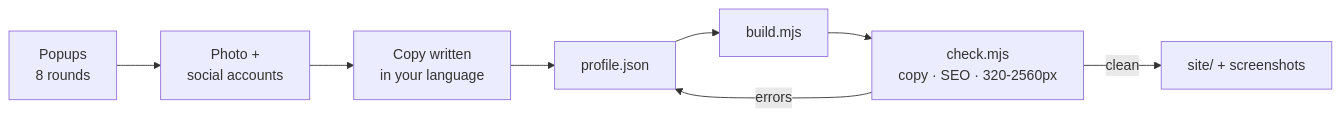
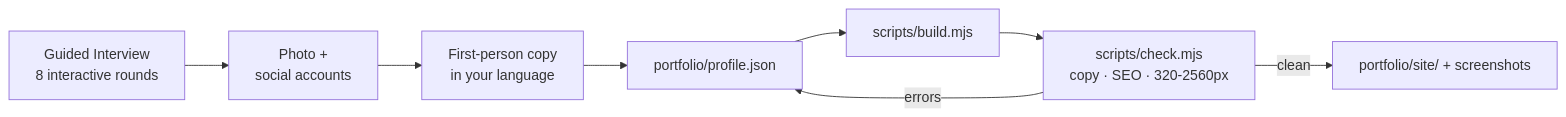
The diagram in README.md (imMamdouhaboammar/portfolio-interview), drawn with Mermaid before and after one commit. The commit also changed other lines of this file and 24 other files, not shown here.

````diff
--- a/README.md
+++ b/README.md
@@ -205,10 +195,10 @@
 ```mermaid
 flowchart LR
-  A[Popups<br/>8 rounds] --> B[Photo +<br/>social accounts]
-  B --> C[Copy written<br/>in your language]
-  C --> D[profile.json]
-  D --> E[build.mjs]
-  E --> F[check.mjs<br/>copy · SEO · 320-2560px]
+  A["Guided Interview<br/>8 interactive rounds"] --> B["Photo +<br/>social accounts"]
+  B --> C["First-person copy<br/>in your language"]
+  C --> D["portfolio/profile.json"]
+  D --> E["scripts/build.mjs"]
+  E --> F["scripts/check.mjs<br/>copy · SEO · 320-2560px"]
   F -->|errors| D
-  F -->|clean| G[site/ + screenshots]
+  F -->|clean| G["portfolio/site/ + screenshots"]
 ```
````
